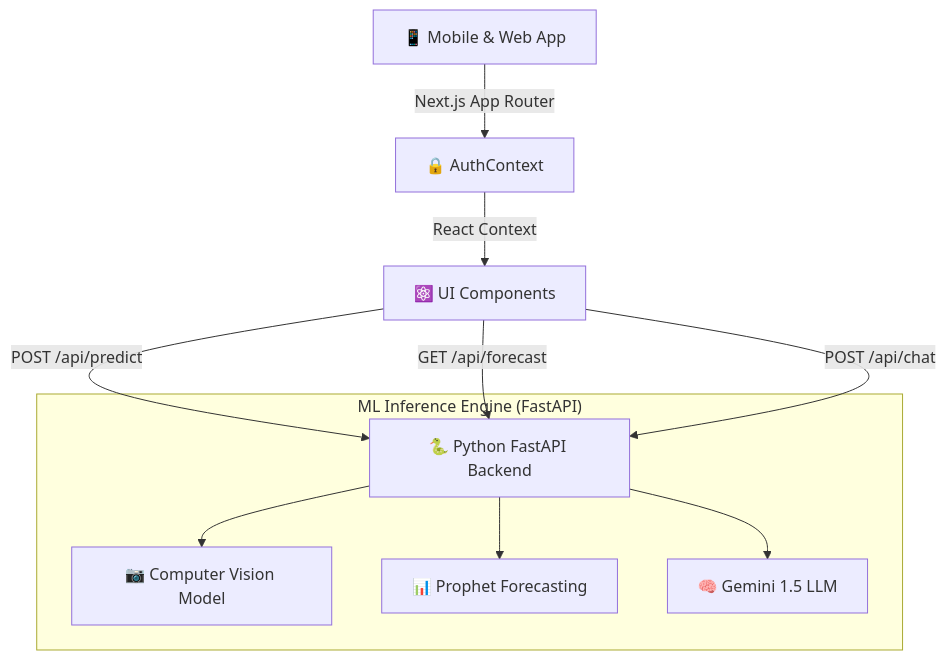
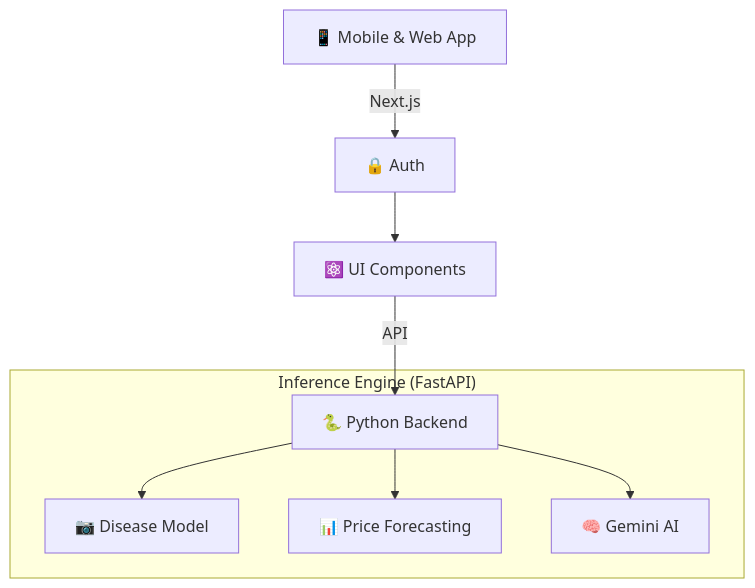
One commit to neel26parekh/farm-ai changed the diagram in README.md. Above: the diagram before and after it, drawn with Mermaid. The commit also changed other lines of this file, not shown here.

````diff
--- a/README.md
+++ b/README.md
@@ -35,15 +25,13 @@
 ```mermaid
 graph TD;
-    Client[📱 Mobile & Web App] -->|Next.js App Router| Auth[🔒 AuthContext]
-    Auth -->|React Context| UI[⚛️ UI Components]
+    Client[📱 Mobile & Web App] -->|Next.js| Auth[🔒 Auth]
+    Auth --> UI[⚛️ UI Components]
     
-    UI -->|POST /api/predict| ML[🐍 Python FastAPI Backend]
-    UI -->|GET /api/forecast| ML
-    UI -->|POST /api/chat| ML
+    UI -->|API| ML[🐍 Python Backend]
 
-    subgraph "ML Inference Engine (FastAPI)"
-        ML --> CV[📷 Computer Vision Model]
-        ML --> TS[📊 Prophet Forecasting]
-        ML --> LLM[🧠 Gemini 1.5 LLM]
+    subgraph "Inference Engine (FastAPI)"
+        ML --> CV[📷 Disease Model]
+        ML --> TS[📊 Price Forecasting]
+        ML --> LLM[🧠 Gemini AI]
     end
 ```
````
